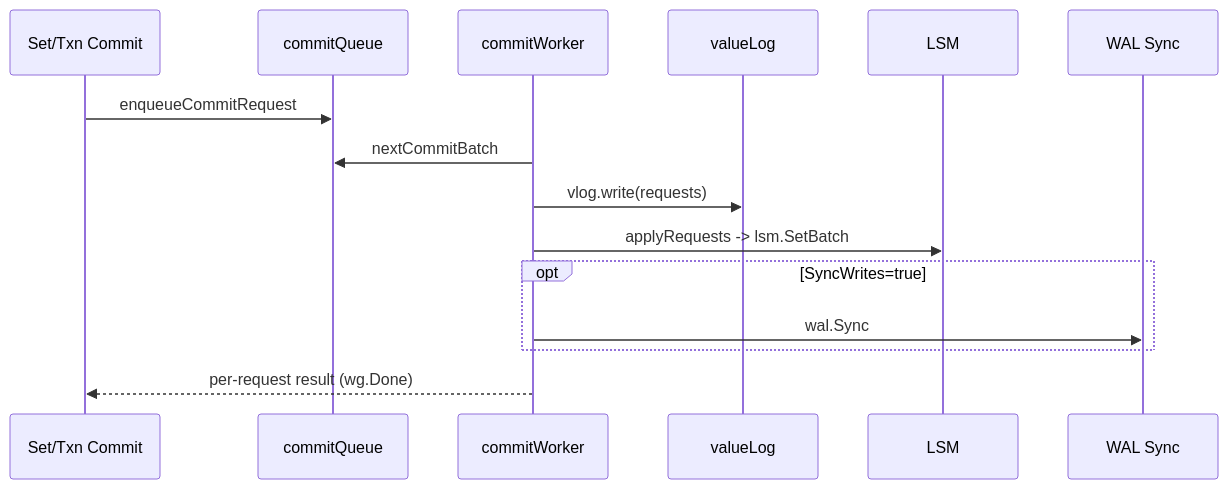
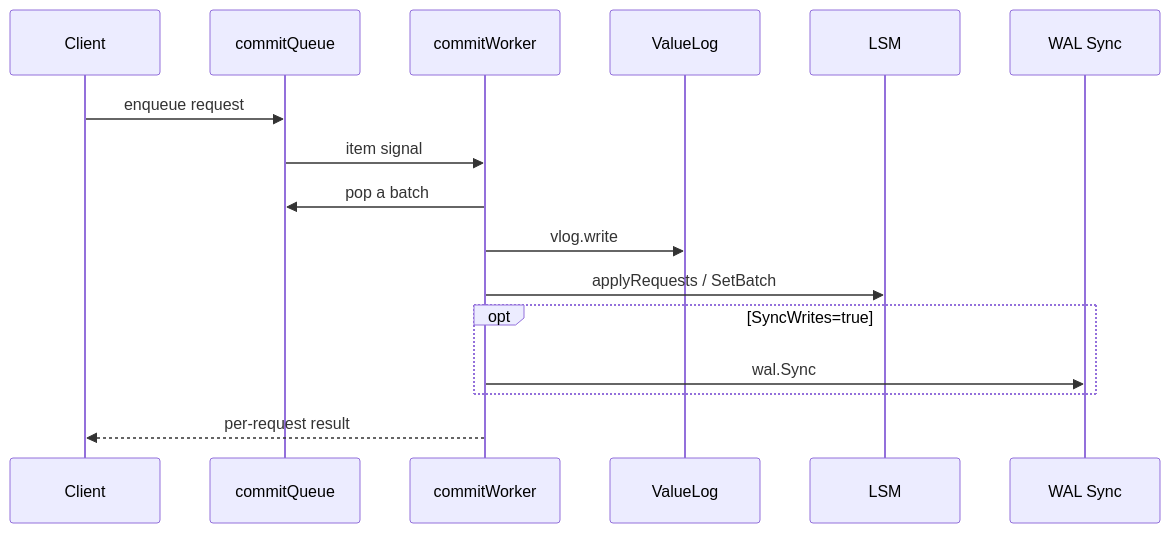
Before and after one commit to feichai0017/NoKV: the first of 5 diagrams in docs/notes/2026-02-09-rhythm-of-writes-commit-worker-batch-ringbuffer.md, drawn with Mermaid. The commit also changed other lines of this file and 3 other files, not shown here.

````diff
--- a/docs/notes/2026-02-09-rhythm-of-writes-commit-worker-batch-ringbuffer.md
+++ b/docs/notes/2026-02-09-rhythm-of-writes-commit-worker-batch-ringbuffer.md
@@ -38,18 +25,19 @@
 ```mermaid
 sequenceDiagram
-  participant API as Set/Txn Commit
+  participant C as Client
   participant Q as commitQueue
   participant W as commitWorker
-  participant V as valueLog
+  participant V as ValueLog
   participant L as LSM
   participant S as WAL Sync
 
-  API->>Q: enqueueCommitRequest
-  W->>Q: nextCommitBatch
-  W->>V: vlog.write(requests)
-  W->>L: applyRequests -> lsm.SetBatch
+  C->>Q: enqueue request
+  Q->>W: item signal
+  W->>Q: pop a batch
+  W->>V: vlog.write
+  W->>L: applyRequests / SetBatch
   opt SyncWrites=true
     W->>S: wal.Sync
   end
-  W-->>API: per-request result (wg.Done)
+  W-->>C: per-request result
 ```
````
